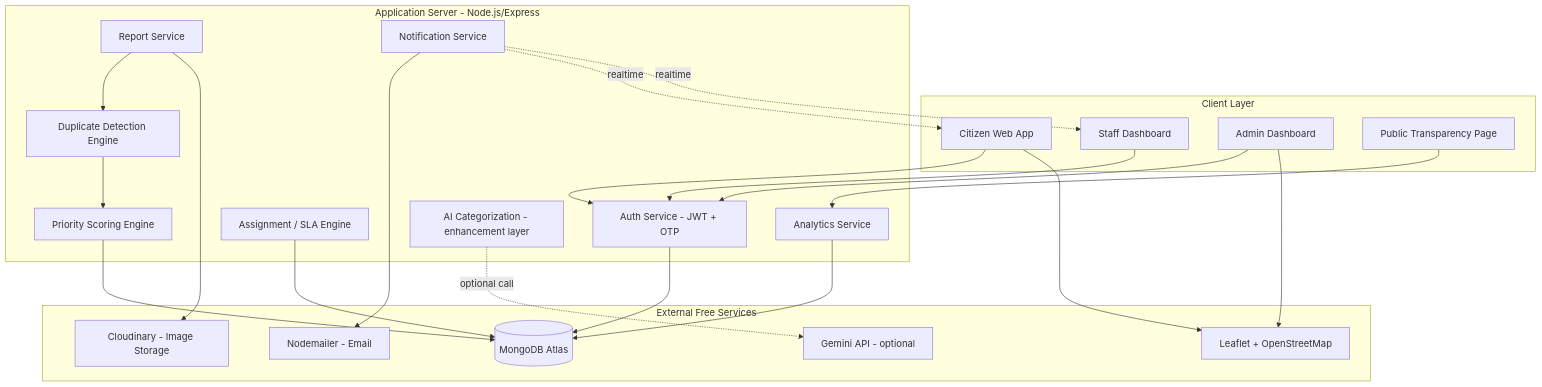
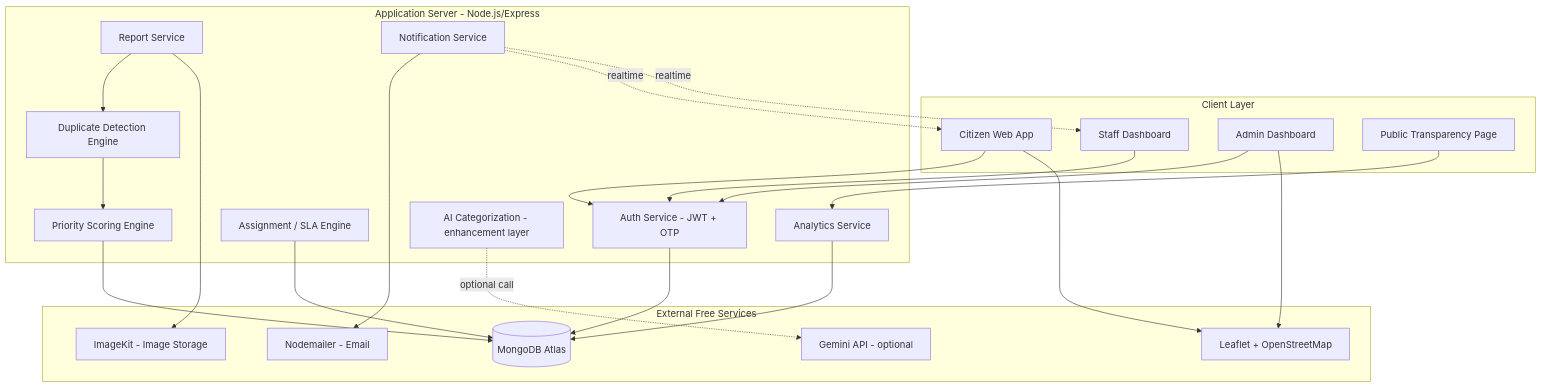
One commit to Ujjwal-0005/nivaran changed the first of 4 diagrams in README.md. Above: the diagram before and after it, drawn with Mermaid. The commit also changed other lines of this file, not shown here.

First line of the commit message:
docs: update README to use ImageKit instead of Cloudinary

````diff
--- a/README.md
+++ b/README.md
@@ -61,47 +61,47 @@
 ```mermaid
 flowchart TB
     subgraph Client["Client Layer"]
         A1[Citizen Web App]
         A2[Staff Dashboard]
         A3[Admin Dashboard]
         A4[Public Transparency Page]
     end
 
     subgraph Server["Application Server - Node.js/Express"]
         B1[Auth Service - JWT + OTP]
         B2[Report Service]
         B3[Duplicate Detection Engine]
         B4[Priority Scoring Engine]
         B5[Assignment / SLA Engine]
         B6[Notification Service]
         B7[Analytics Service]
         B8[AI Categorization - enhancement layer]
     end
 
     subgraph External["External Free Services"]
         C1[(MongoDB Atlas)]
-        C2[Cloudinary - Image Storage]
+        C2[ImageKit - Image Storage]
         C3[Nodemailer - Email]
         C4[Leaflet + OpenStreetMap]
         C5[Gemini API - optional]
     end
 
     A1 --> B1
     A2 --> B1
     A3 --> B1
     A4 --> B7
 
     B1 --> C1
     B2 --> B3
     B3 --> B4
     B4 --> C1
     B2 --> C2
     B5 --> C1
     B6 --> C3
     B6 -.->|realtime| A1
     B6 -.->|realtime| A2
     B7 --> C1
     B8 -.->|optional call| C5
     A1 --> C4
     A3 --> C4
 ```
````
